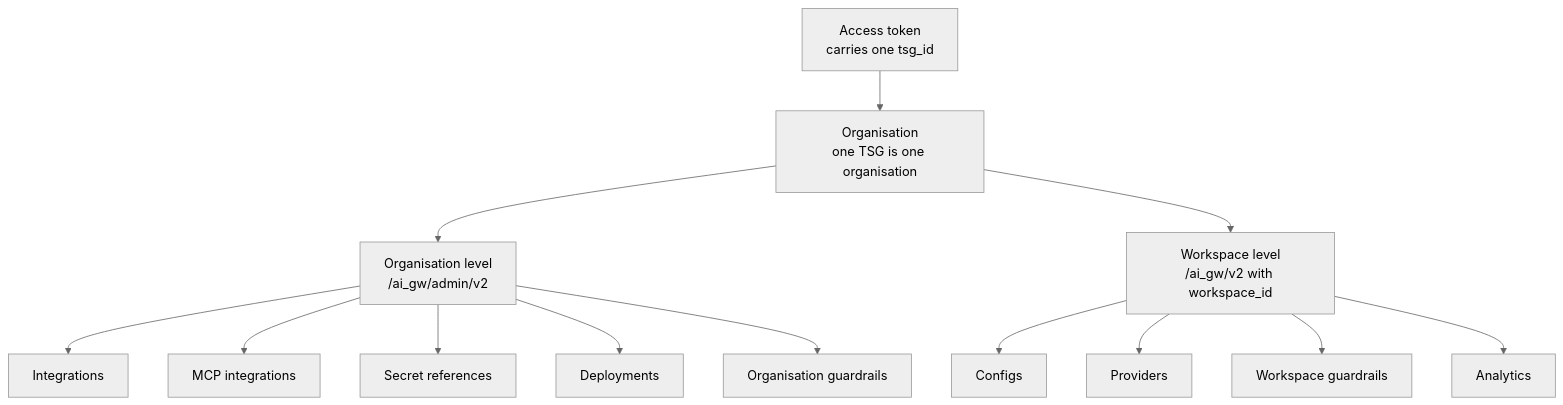
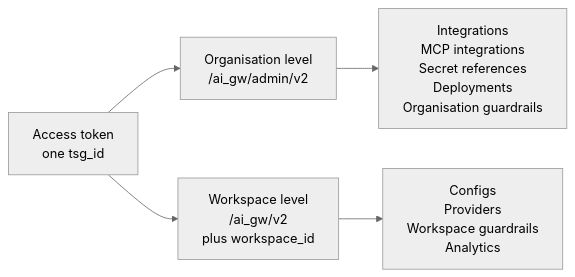
One commit to Portkey-AI/docs-core changed the second of 2 diagrams in aigw/api-reference/admin-api/introduction.mdx. Above: the diagram before and after it, drawn with Mermaid (neutral theme). The commit also changed other lines of this file and 1 other file, not shown here.

Commit message:
docs(aigw): redraw the Admin API diagrams so the labels stay readable
The flow diagram ran six nodes left to right, about 1800px of natural
width against a 1200px column, so Mintlify scaled the whole thing down and
the labels came out too small to read. Every diagram on these two pages is
now under 950px and renders at full size.

- The token flow turns vertical and drops the "your script" node, which
  cost a column and carried no information.
- The scope tree turns horizontal and collapses nine leaf nodes into two,
  one list per level.
- The sequence diagram loses the administrator participant and shortens
  its messages.
- The TSG hierarchy drops its classDef overrides, which fought the theme
  the other diagrams in the repo inherit.

Rendered each one with mermaid-cli to check the dimensions rather than
guessing: 517, 684, 950 and 584px wide.

````diff
--- a/aigw/api-reference/admin-api/introduction.mdx
+++ b/aigw/api-reference/admin-api/introduction.mdx
@@ -83,18 +81,10 @@
 ```mermaid
-graph TD
-    T["Access token<br/>carries one tsg_id"] --> ORG["Organisation<br/>one TSG is one organisation"]
+graph LR
+    T["Access token<br/>one tsg_id"]
 
-    ORG --> OL["Organisation level<br/>/ai_gw/admin/v2"]
-    ORG --> WL["Workspace level<br/>/ai_gw/v2 with workspace_id"]
+    T --> OL["Organisation level<br/>/ai_gw/admin/v2"]
+    T --> WL["Workspace level<br/>/ai_gw/v2<br/>plus workspace_id"]
 
-    OL --> O1["Integrations"]
-    OL --> O2["MCP integrations"]
-    OL --> O3["Secret references"]
-    OL --> O4["Deployments"]
-    OL --> O5["Organisation guardrails"]
-
-    WL --> W1["Configs"]
-    WL --> W2["Providers"]
-    WL --> W3["Workspace guardrails"]
-    WL --> W4["Analytics"]
+    OL --> O["Integrations<br/>MCP integrations<br/>Secret references<br/>Deployments<br/>Organisation guardrails"]
+    WL --> W["Configs<br/>Providers<br/>Workspace guardrails<br/>Analytics"]
 ```
````
